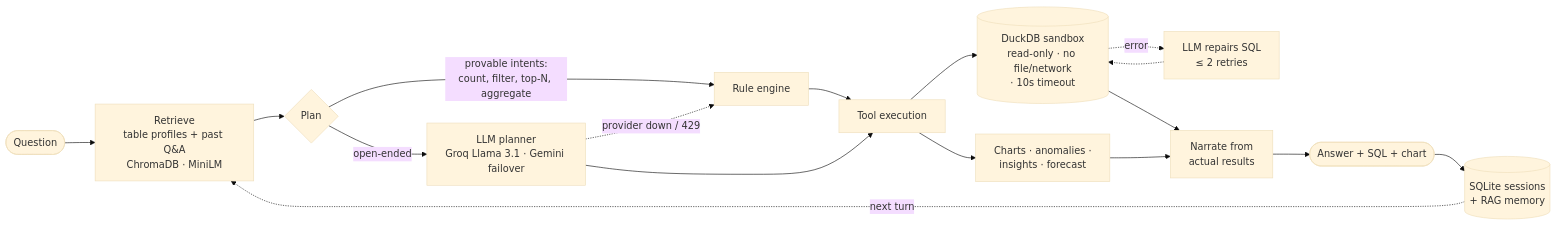
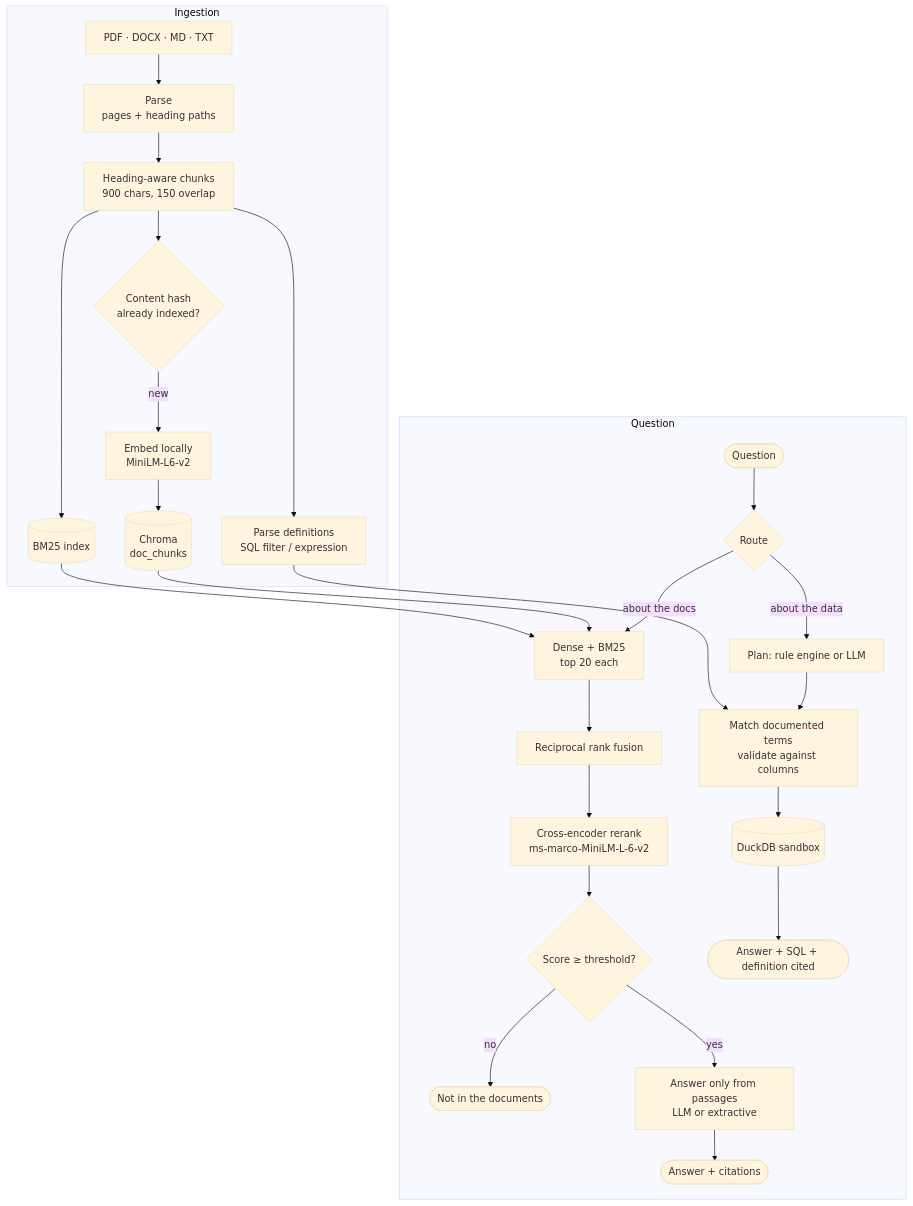
The diagram in README.md (arshkalra17/QueryLens--AI-Data-Analyst), drawn with Mermaid (base theme) before and after one commit. The commit also changed other lines of this file and 1 other file, not shown here.

First line of the commit message:
docs: lead the README with the document-RAG pipeline and its results

````diff
--- a/README.md
+++ b/README.md
@@ -58,18 +57,29 @@
 ```mermaid
-flowchart LR
-    Q([Question]) --> R[Retrieve<br/>table profiles + past Q&A<br/>ChromaDB · MiniLM]
-    R --> P{Plan}
-    P -->|provable intents:<br/>count, filter, top-N, aggregate| RE[Rule engine]
-    P -->|open-ended| LLM[LLM planner<br/>Groq Llama 3.1 · Gemini failover]
-    LLM -. provider down / 429 .-> RE
-    RE --> T[Tool execution]
-    LLM --> T
-    T --> SQL[(DuckDB sandbox<br/>read-only · no file/network<br/>· 10s timeout)]
-    SQL -. error .-> FIX[LLM repairs SQL<br/>≤ 2 retries] -.-> SQL
-    T --> OTH[Charts · anomalies ·<br/>insights · forecast]
-    SQL --> N[Narrate from<br/>actual results]
-    OTH --> N
-    N --> A([Answer + SQL + chart])
-    A --> M[(SQLite sessions<br/>+ RAG memory)]
-    M -. next turn .-> R
+flowchart TB
+    subgraph Ingest["Ingestion"]
+        D[PDF · DOCX · MD · TXT] --> P[Parse<br/>pages + heading paths]
+        P --> C[Heading-aware chunks<br/>900 chars, 150 overlap]
+        C --> H{Content hash<br/>already indexed?}
+        H -- new --> E[Embed locally<br/>MiniLM-L6-v2]
+        E --> V[(Chroma<br/>doc_chunks)]
+        C --> B[(BM25 index)]
+        C --> DEF[Parse definitions<br/>SQL filter / expression]
+    end
+    subgraph Ask["Question"]
+        Q([Question]) --> R{Route}
+        R -- about the docs --> RET
+        R -- about the data --> PLAN
+        RET[Dense + BM25<br/>top 20 each] --> F[Reciprocal rank fusion]
+        F --> X[Cross-encoder rerank<br/>ms-marco-MiniLM-L-6-v2]
+        X --> G{Score ≥ threshold?}
+        G -- no --> NF([Not in the documents])
+        G -- yes --> ANS[Answer only from passages<br/>LLM or extractive]
+        ANS --> CIT([Answer + citations])
+        PLAN[Plan: rule engine or LLM] --> DEFM[Match documented terms<br/>validate against columns]
+        DEFM --> SQL[(DuckDB sandbox)]
+        SQL --> OUT([Answer + SQL + definition cited])
+    end
+    V --> RET
+    B --> RET
+    DEF --> DEFM
 ```
````
